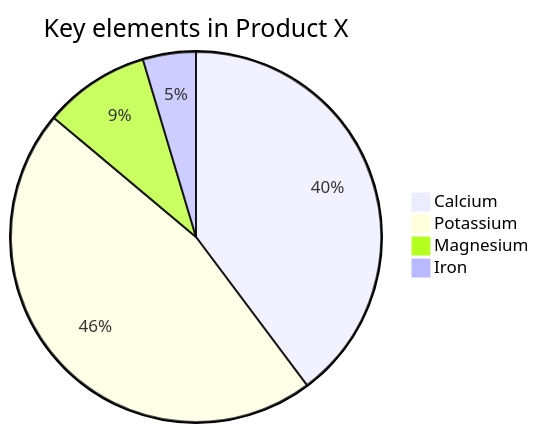
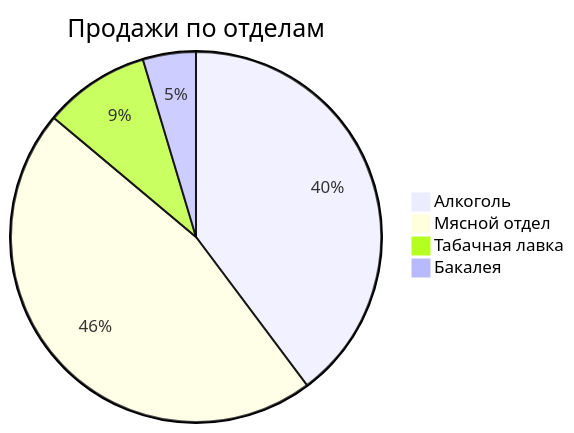
Before and after one commit to itidasoft/wiki: the diagram in docs/admin-guide.md, drawn with Mermaid. The commit also changed other lines of this file, not shown here.

Commit message:
docs: update docs/admin-guide

````diff
--- a/docs/admin-guide.md
+++ b/docs/admin-guide.md
@@ -13,8 +13,8 @@
 ```mermaid
 pie
-    title Key elements in Product X
-    "Calcium" : 42.96
-    "Potassium" : 50.05
-    "Magnesium" : 10.01
-    "Iron" :  5
+    title Продажи по отделам
+    "Алкоголь" : 42.96
+    "Мясной отдел" : 50.05
+    "Табачная лавка" : 10.01
+    "Бакалея" :  5
 ```
````
